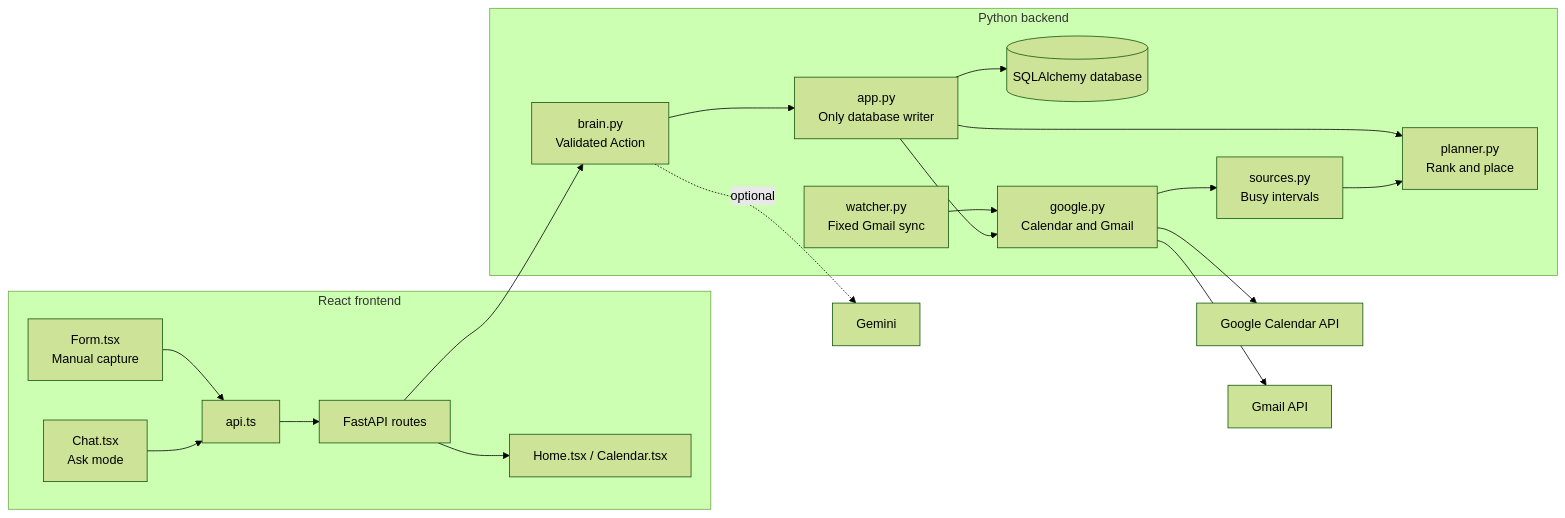
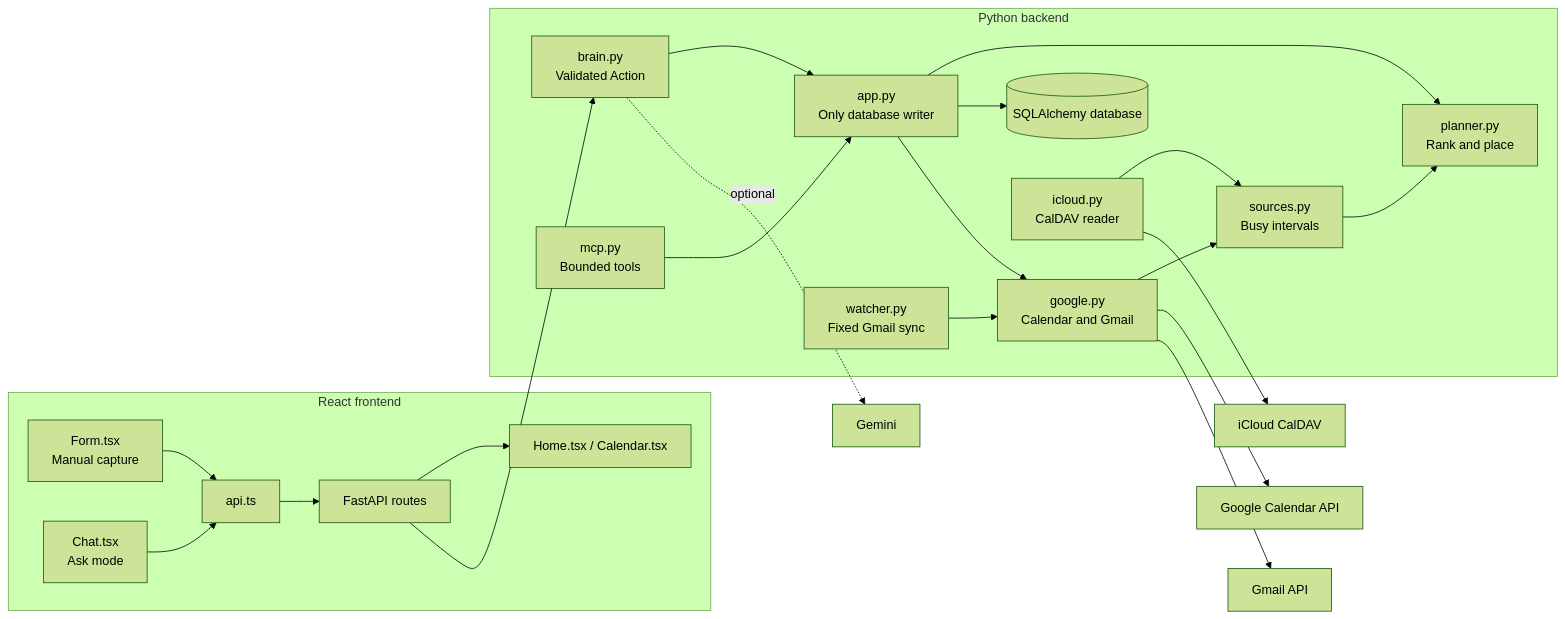
Before and after one commit to alxxrzfyr/cooper: the diagram in README.md, drawn with Mermaid (forest theme). The commit also changed other lines of this file and 18 other files, not shown here.

````diff
--- a/README.md
+++ b/README.md
@@ -57,24 +59,27 @@
 ```mermaid
 flowchart LR
     subgraph Frontend["React frontend"]
         Form["Form.tsx<br/>Manual capture"] --> API["api.ts"]
         Ask["Chat.tsx<br/>Ask mode"] --> API
         API --> Routes["FastAPI routes"]
         Routes --> Views["Home.tsx / Calendar.tsx"]
     end
 
     subgraph Backend["Python backend"]
         Routes --> Brain["brain.py<br/>Validated Action"]
         Brain --> App["app.py<br/>Only database writer"]
         App --> Planner["planner.py<br/>Rank and place"]
         Sources["sources.py<br/>Busy intervals"] --> Planner
         App --> Database[("SQLAlchemy database")]
         Watcher["watcher.py<br/>Fixed Gmail sync"] --> Google["google.py<br/>Calendar and Gmail"]
+        MCP["mcp.py<br/>Bounded tools"] --> App
+        ICloud["icloud.py<br/>CalDAV reader"] --> Sources
         App --> Google
         Google --> Sources
     end
 
     Google --> CalendarAPI["Google Calendar API"]
     Google --> GmailAPI["Gmail API"]
+    ICloud --> CalDAV["iCloud CalDAV"]
     Brain -. optional .-> Gemini["Gemini"]
 ```
````
